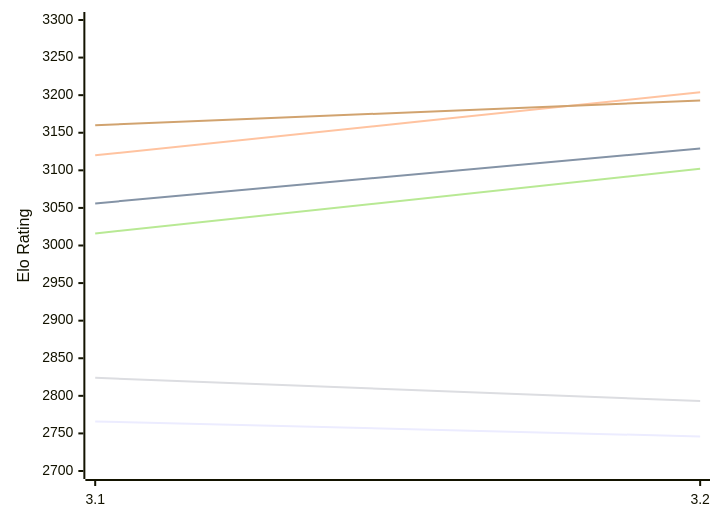
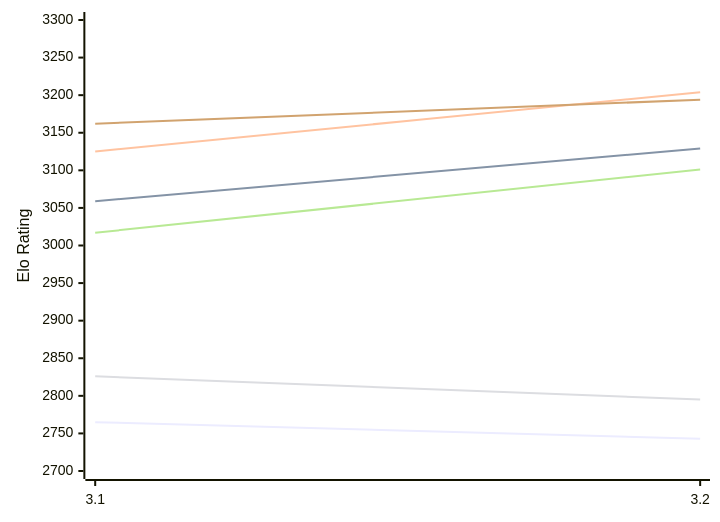
Before and after one commit to computer-chess-index/cci: the first of 2 diagrams in engines/Vajolet2.md, drawn with Mermaid. The commit also changed other lines of this file, not shown here.

Commit message:
Update CCI Ratings (ELO VLTC) - 2026-11-28

````diff
--- a/engines/Vajolet2.md
+++ b/engines/Vajolet2.md
@@ -51,12 +51,12 @@
 ```mermaid
 %%{init: {"theme":"base","themeVariables":{"seriesColors:['#a3a3a3','#222221','#faa371']}}}%%
 xychart-beta
   x-axis ["3.1", "3.2"]
   y-axis "Elo Rating" 2700 --> 3300
-  line "E1: STC (8.0+0.08s)" [2766, 2746]
-  line "E1: LTC (60.0+0.60s)" [3056, 3129]
-  line "E1: VLTC (2m24s+1.12s)" [3120, 3204]
-  line "P1: STC (8.0+0.08s)" [2824, 2793]
-  line "P1: LTC (60.0+0.60s)" [3016, 3102]
-  line "P1: VLTC (2m24s+1.12s)" [3160, 3193]
+  line "E1: STC (8.0+0.08s)" [2765, 2743]
+  line "E1: LTC (60.0+0.60s)" [3059, 3129]
+  line "E1: VLTC (2m24s+1.12s)" [3125, 3204]
+  line "P1: STC (8.0+0.08s)" [2826, 2795]
+  line "P1: LTC (60.0+0.60s)" [3017, 3101]
+  line "P1: VLTC (2m24s+1.12s)" [3162, 3194]
 ```
````
